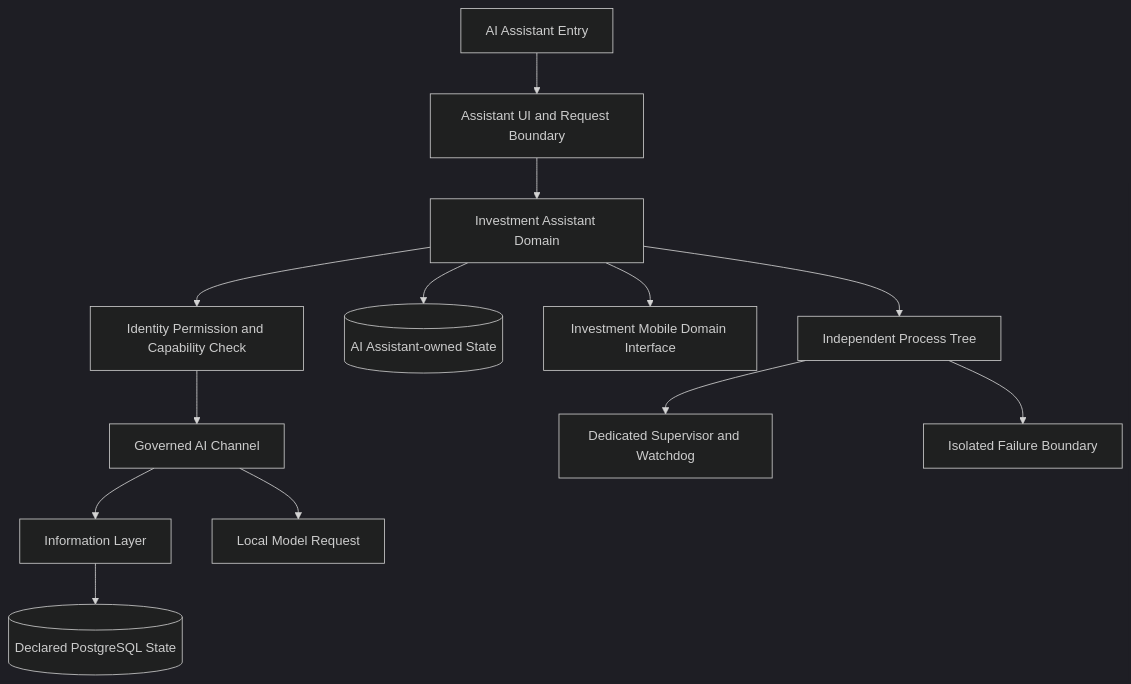
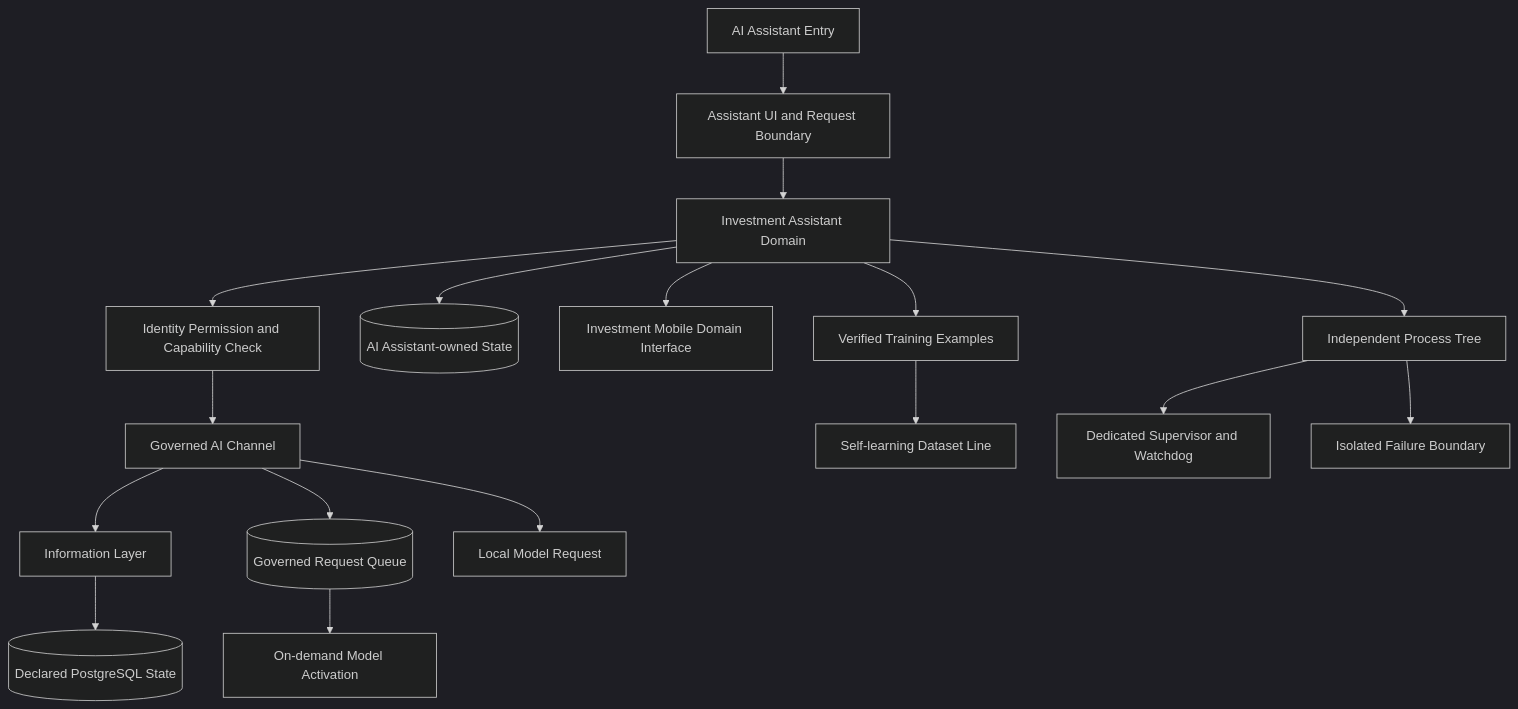
One commit to guilty442-source/GPTBridge changed the diagram in governance_rule/codex/architecture-tool-ai-assistant.md. Above: the diagram before and after it, drawn with Mermaid (dark theme). The commit also changed other lines of this file and 9 other files, not shown here.

Commit message:
Codex: complete all 12 architecture diagrams (git, local-model, model-dialogue, ai-assistant, ai-collaboration, file-sorter, investment-mobile, vaultly) + hash rebind; blueprint synced

````diff
--- a/governance_rule/codex/architecture-tool-ai-assistant.md
+++ b/governance_rule/codex/architecture-tool-ai-assistant.md
@@ -3,15 +3,19 @@
 ```mermaid
 flowchart TB
   ENTRY[AI Assistant Entry] --> UI[Assistant UI and Request Boundary]
   UI --> APP[Investment Assistant Domain]
   APP --> AUTH[Identity Permission and Capability Check]
   AUTH --> CHANNEL[Governed AI Channel]
   CHANNEL --> INFO[Information Layer]
+  CHANNEL --> QUEUE[(Governed Request Queue)]
+  QUEUE --> ACTIVATE[On-demand Model Activation]
   APP --> STATE[(AI Assistant-owned State)]
   APP --> MOBILE[Investment Mobile Domain Interface]
   CHANNEL --> LOCAL[Local Model Request]
   INFO --> PG[(Declared PostgreSQL State)]
+  APP --> EXAMPLES[Verified Training Examples]
+  EXAMPLES --> SELFTRAIN[Self-learning Dataset Line]
   PROC[Independent Process Tree] --> SUP[Dedicated Supervisor and Watchdog]
   APP --> PROC
   PROC --> FAULT[Isolated Failure Boundary]
 ```
````
